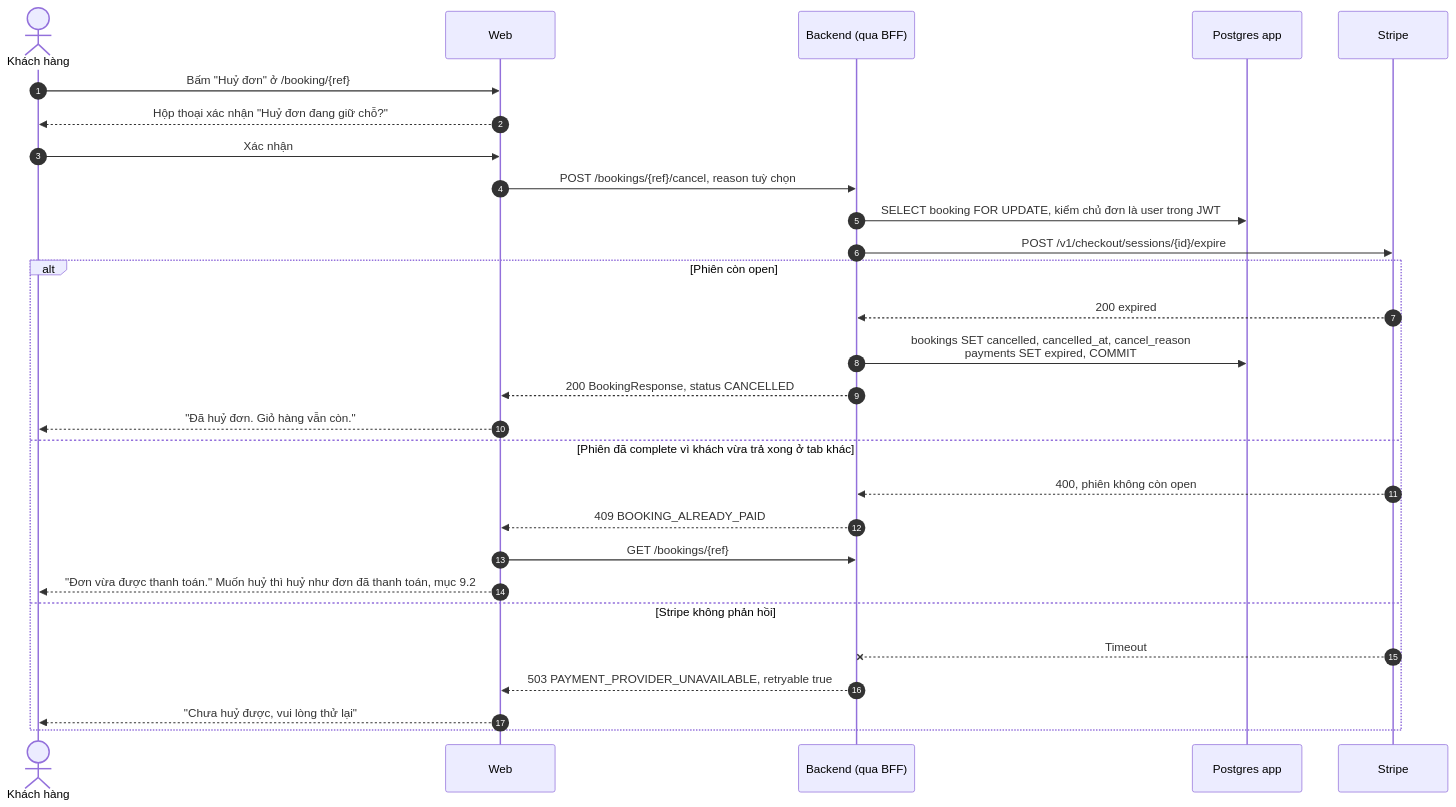
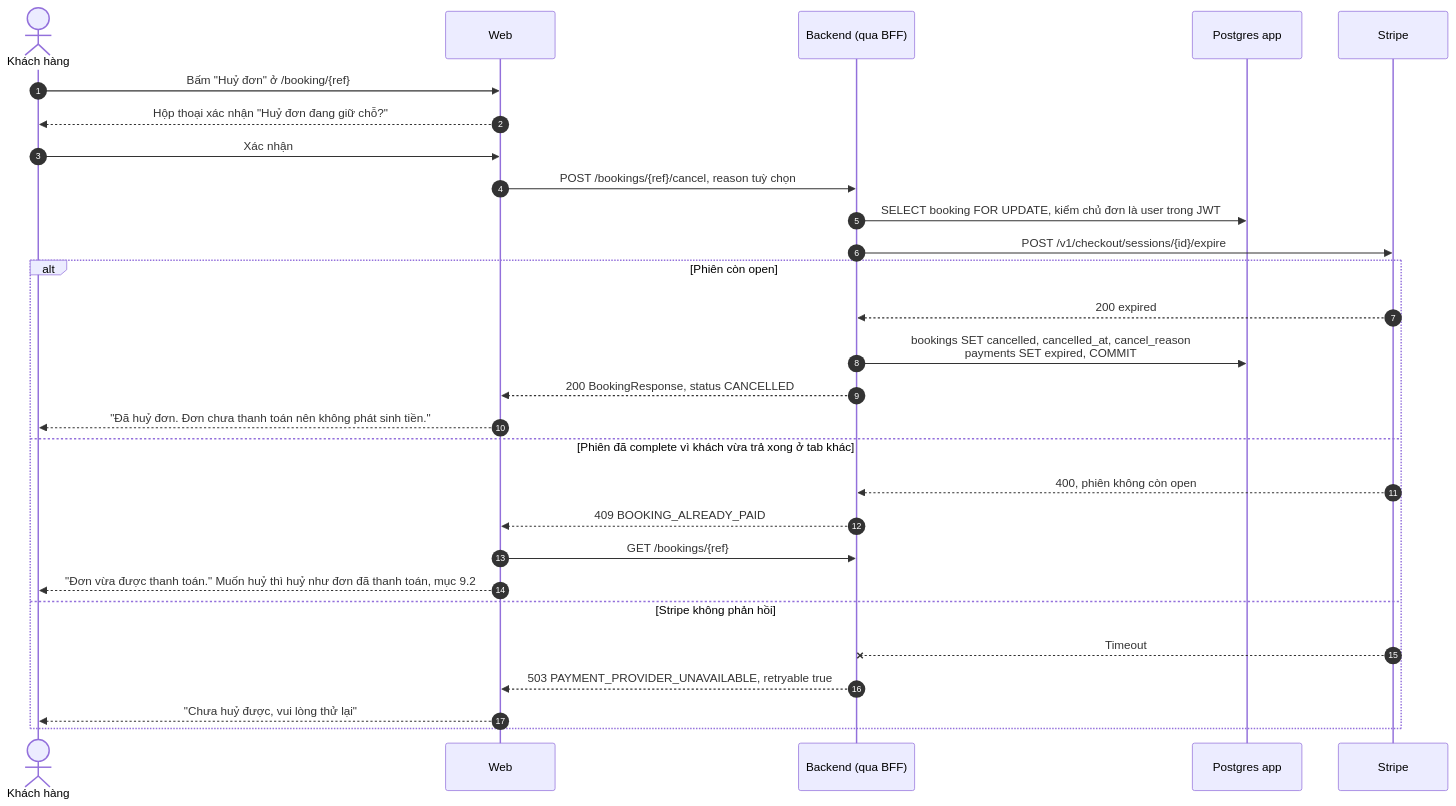
One commit to NguyenNhat4/Travel-Recommend-System changed diagram 17 of 19 in docs/spec/booking/so-do-luong-dat-cho-thanh-toan.md. Above: the diagram before and after it, drawn with Mermaid. The commit also changed other lines of this file and 129 other files, not shown here.

````diff
--- a/docs/spec/booking/so-do-luong-dat-cho-thanh-toan.md
+++ b/docs/spec/booking/so-do-luong-dat-cho-thanh-toan.md
@@ -852,31 +855,31 @@
 ```mermaid
 sequenceDiagram
     autonumber
     actor U as Khách hàng
     participant W as Web
     participant F as Backend (qua BFF)
     participant P as Postgres app
     participant S as Stripe
 
     U->>W: Bấm "Huỷ đơn" ở /booking/{ref}
     W-->>U: Hộp thoại xác nhận "Huỷ đơn đang giữ chỗ?"
     U->>W: Xác nhận
     W->>F: POST /bookings/{ref}/cancel, reason tuỳ chọn
     F->>P: SELECT booking FOR UPDATE, kiểm chủ đơn là user trong JWT
     F->>S: POST /v1/checkout/sessions/{id}/expire
     alt Phiên còn open
         S-->>F: 200 expired
         F->>P: bookings SET cancelled, cancelled_at, cancel_reason<br/>payments SET expired, COMMIT
         F-->>W: 200 BookingResponse, status CANCELLED
-        W-->>U: "Đã huỷ đơn. Giỏ hàng vẫn còn."
+        W-->>U: "Đã huỷ đơn. Đơn chưa thanh toán nên không phát sinh tiền."
     else Phiên đã complete vì khách vừa trả xong ở tab khác
         S-->>F: 400, phiên không còn open
         F-->>W: 409 BOOKING_ALREADY_PAID
         W->>F: GET /bookings/{ref}
         W-->>U: "Đơn vừa được thanh toán." Muốn huỷ thì huỷ như đơn đã thanh toán, mục 9.2
     else Stripe không phản hồi
         S--xF: Timeout
         F-->>W: 503 PAYMENT_PROVIDER_UNAVAILABLE, retryable true
         W-->>U: "Chưa huỷ được, vui lòng thử lại"
     end
 ```
````
